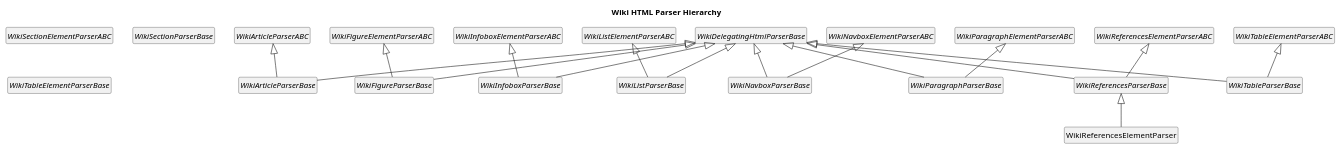
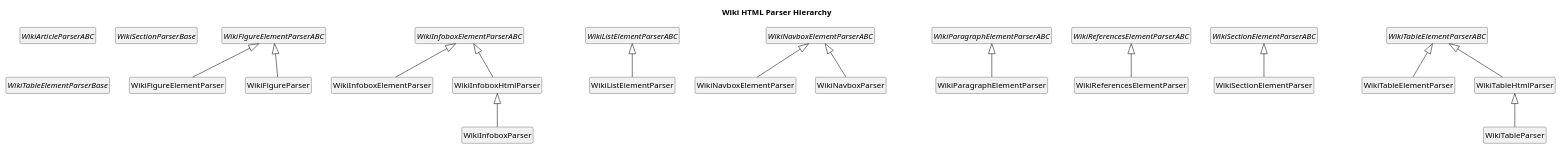
One commit to bgembalczyk/F1 changed the diagram in docs/uml/inheritance/parsers/02_wiki_html_parsers.puml. Above: the diagram before and after it, drawn with PlantUML. The commit also changed 17 other files, not shown here.

First line of the commit message:
refactor: remove redundant parser base classes and empty wrappers

```diff
--- a/docs/uml/inheritance/parsers/02_wiki_html_parsers.puml
+++ b/docs/uml/inheritance/parsers/02_wiki_html_parsers.puml
@@ -1,47 +1,48 @@
 @startuml
 title Wiki HTML Parser Hierarchy
 skinparam classAttributeIconSize 0
 hide empty members
 hide circle
 
 abstract class WikiArticleParserABC
-abstract class WikiArticleParserBase
-abstract class WikiDelegatingHtmlParserBase
+class WikiFigureElementParser
 abstract class WikiFigureElementParserABC
-abstract class WikiFigureParserBase
+class WikiFigureParser
+class WikiInfoboxElementParser
 abstract class WikiInfoboxElementParserABC
-abstract class WikiInfoboxParserBase
+class WikiInfoboxHtmlParser
+class WikiInfoboxParser
+class WikiListElementParser
 abstract class WikiListElementParserABC
-abstract class WikiListParserBase
+class WikiNavboxElementParser
 abstract class WikiNavboxElementParserABC
-abstract class WikiNavboxParserBase
+class WikiNavboxParser
+class WikiParagraphElementParser
 abstract class WikiParagraphElementParserABC
-abstract class WikiParagraphParserBase
 class WikiReferencesElementParser
 abstract class WikiReferencesElementParserABC
-abstract class WikiReferencesParserBase
+class WikiSectionElementParser
 abstract class WikiSectionElementParserABC
 abstract class WikiSectionParserBase
+class WikiTableElementParser
 abstract class WikiTableElementParserABC
 abstract class WikiTableElementParserBase
-abstract class WikiTableParserBase
+class WikiTableHtmlParser
+class WikiTableParser
 
-WikiArticleParserABC <|-- WikiArticleParserBase
-WikiDelegatingHtmlParserBase <|-- WikiArticleParserBase
-WikiDelegatingHtmlParserBase <|-- WikiFigureParserBase
-WikiFigureElementParserABC <|-- WikiFigureParserBase
-WikiDelegatingHtmlParserBase <|-- WikiInfoboxParserBase
-WikiInfoboxElementParserABC <|-- WikiInfoboxParserBase
-WikiDelegatingHtmlParserBase <|-- WikiListParserBase
-WikiListElementParserABC <|-- WikiListParserBase
-WikiDelegatingHtmlParserBase <|-- WikiNavboxParserBase
-WikiNavboxElementParserABC <|-- WikiNavboxParserBase
-WikiDelegatingHtmlParserBase <|-- WikiParagraphParserBase
-WikiParagraphElementParserABC <|-- WikiParagraphParserBase
-WikiReferencesParserBase <|-- WikiReferencesElementParser
-WikiDelegatingHtmlParserBase <|-- WikiReferencesParserBase
-WikiReferencesElementParserABC <|-- WikiReferencesParserBase
-WikiDelegatingHtmlParserBase <|-- WikiTableParserBase
-WikiTableElementParserABC <|-- WikiTableParserBase
+WikiFigureElementParserABC <|-- WikiFigureElementParser
+WikiFigureElementParserABC <|-- WikiFigureParser
+WikiInfoboxElementParserABC <|-- WikiInfoboxElementParser
+WikiInfoboxElementParserABC <|-- WikiInfoboxHtmlParser
+WikiInfoboxHtmlParser <|-- WikiInfoboxParser
+WikiListElementParserABC <|-- WikiListElementParser
+WikiNavboxElementParserABC <|-- WikiNavboxElementParser
+WikiNavboxElementParserABC <|-- WikiNavboxParser
+WikiParagraphElementParserABC <|-- WikiParagraphElementParser
+WikiReferencesElementParserABC <|-- WikiReferencesElementParser
+WikiSectionElementParserABC <|-- WikiSectionElementParser
+WikiTableElementParserABC <|-- WikiTableElementParser
+WikiTableElementParserABC <|-- WikiTableHtmlParser
+WikiTableHtmlParser <|-- WikiTableParser
 
 @enduml
```
